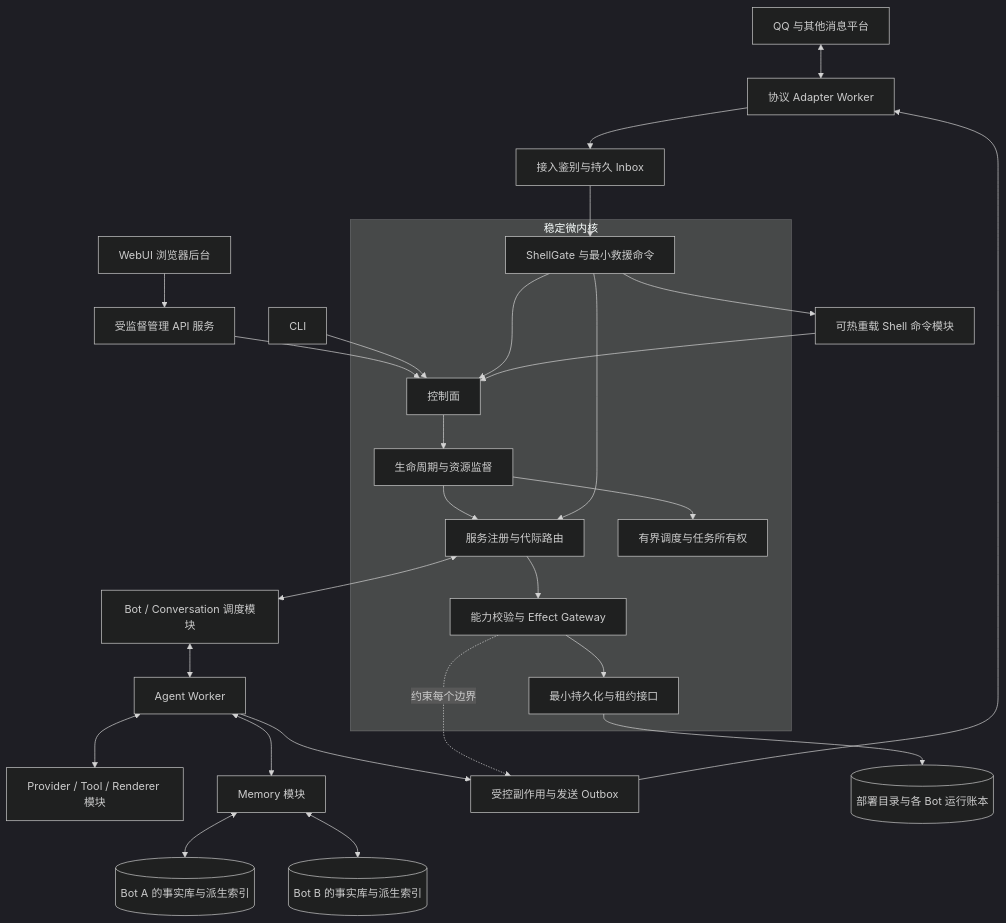
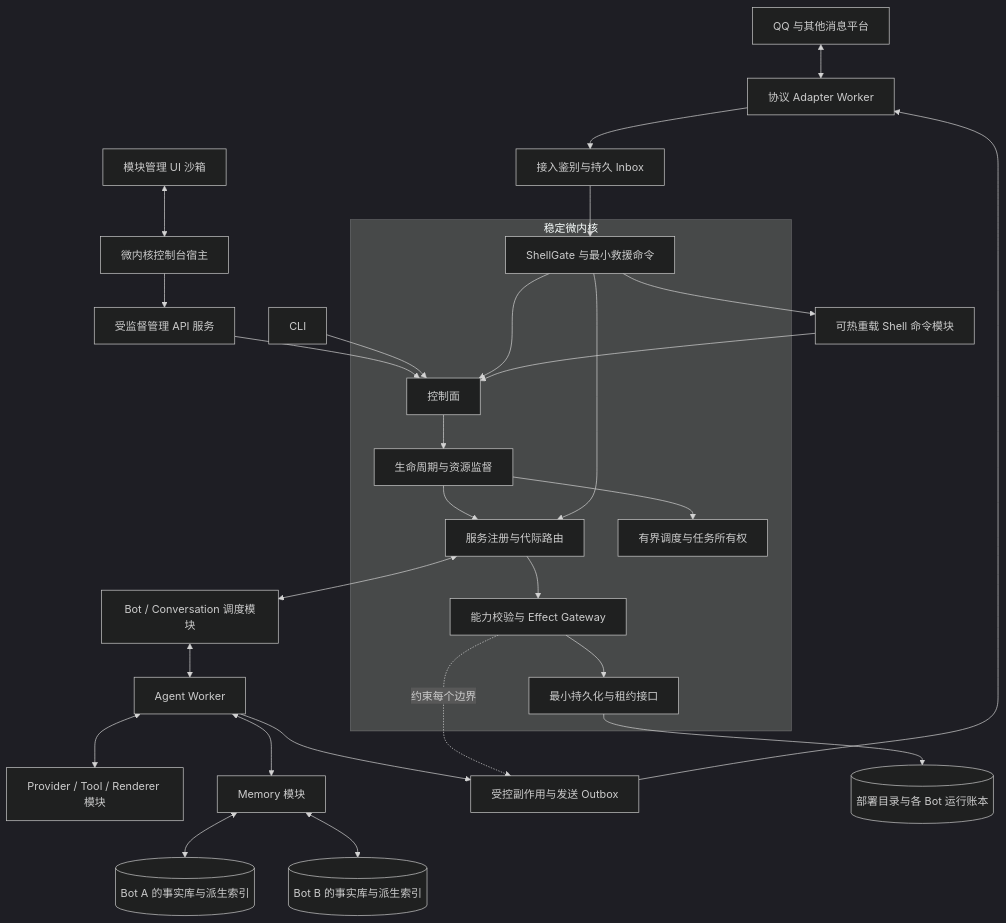
Before and after one commit to sjrsjz/forest: the diagram in doc/01-architecture.md, drawn with Mermaid (dark theme). The commit also changed other lines of this file and 38 other files, not shown here.

````diff
--- a/doc/01-architecture.md
+++ b/doc/01-architecture.md
@@ -42,35 +43,36 @@
 ```mermaid
 flowchart TB
     QQ[QQ 与其他消息平台] <--> AD[协议 Adapter Worker]
-    WEB[WebUI 浏览器后台] --> API[受监督管理 API 服务]
+    WEB[微内核控制台宿主] --> API[受监督管理 API 服务]
+    MUI[模块管理 UI 沙箱] <--> WEB
     API --> CP[控制面]
     ADM[CLI] --> CP
     AD --> IN[接入鉴别与持久 Inbox]
     subgraph K[稳定微内核]
         CP --> LC[生命周期与资源监督]
         RT[服务注册与代际路由]
         CAP[能力校验与 Effect Gateway]
         SC[有界调度与任务所有权]
         KS[最小持久化与租约接口]
         SG[ShellGate 与最小救援命令]
         SG --> CP
         LC --> RT
         RT --> CAP
         CAP --> KS
         LC --> SC
     end
     IN --> SG
     SG --> SH[可热重载 Shell 命令模块]
     SH --> CP
     SG --> RT
     RT <--> BS[Bot / Conversation 调度模块]
     BS <--> AG[Agent Worker]
     AG <--> MD[Provider / Tool / Renderer 模块]
     AG <--> MM[Memory 模块]
     MM <--> DA[(Bot A 的事实库与派生索引)]
     MM <--> DB[(Bot B 的事实库与派生索引)]
     AG --> EG[受控副作用与发送 Outbox]
     EG --> AD
     CAP -.约束每个边界.-> EG
     KS --> CT[(部署目录与各 Bot 运行账本)]
 ```
````
